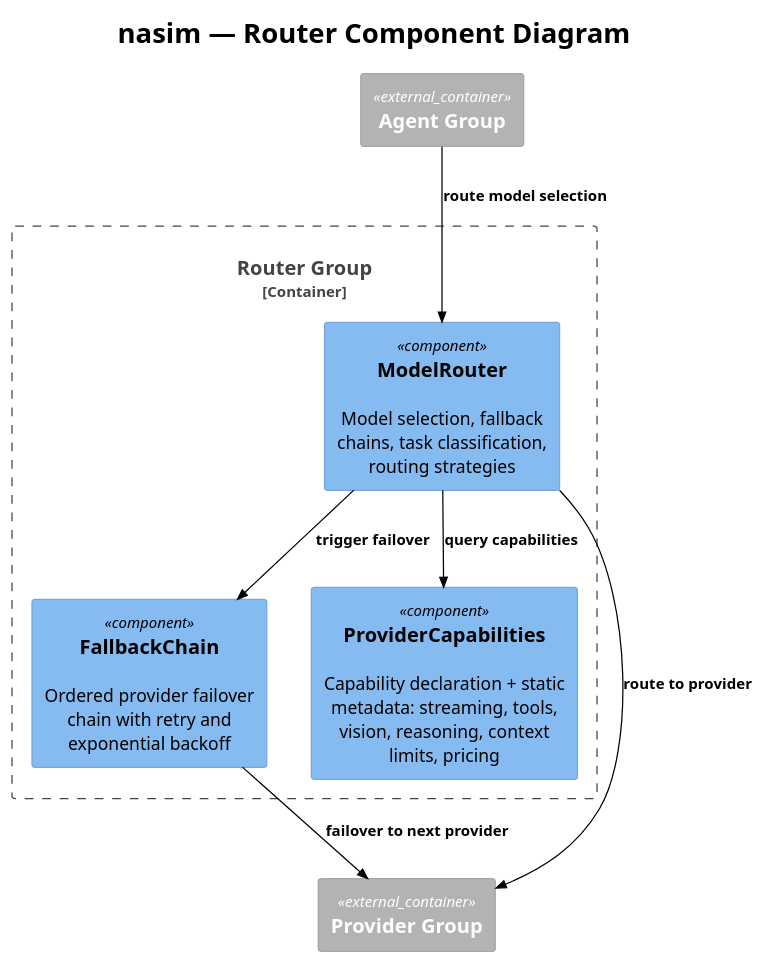
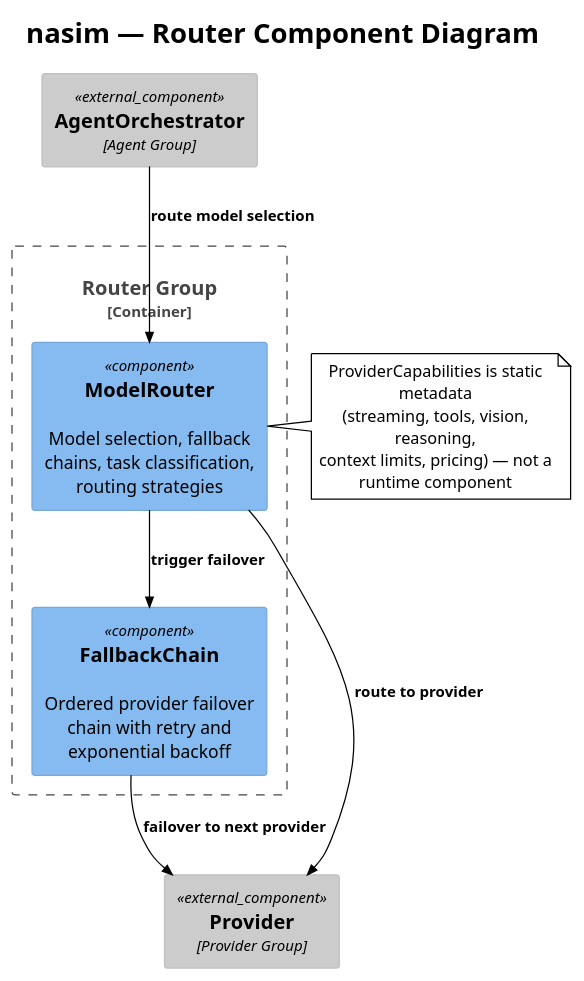
One commit to salimnamvar/nasim changed the seventh of 24 diagrams in C4.md. Above: the diagram before and after it, drawn with PlantUML. The commit also changed other lines of this file and 18 other files, not shown here.

```diff
--- a/C4.md
+++ b/C4.md
@@ -431,32 +435,36 @@
 @startuml c4_nasim_component_router
 !include https://raw.githubusercontent.com/plantuml-stdlib/C4-PlantUML/v2.10.0/C4_Component.puml
 !theme plain
 
 ' ============================================================
 ' Title:     nasim — Router Component Diagram
 ' Boundary:  nasim core library — Router group
 ' Purpose:   Model selection, fallback chains, capability queries
 ' Milestone: v1.0
 ' Version:   6.0.0
 ' Source:    docs/prompt/p1.md — corrective architecture review
 ' Review:    —
 ' ============================================================
 
 title nasim — Router Component Diagram
 
 Container_Boundary(router_boundary, "Router Group") {
     Component(model_router, "ModelRouter", "", "Model selection, fallback chains, task classification, routing strategies")
     Component(fallback_chain, "FallbackChain", "", "Ordered provider failover chain with retry and exponential backoff")
-    Component(provider_caps, "ProviderCapabilities", "", "Capability declaration + static metadata: streaming, tools, vision, reasoning, context limits, pricing")
 }
 
-Container_Ext(agent_group, "Agent Group")
-Container_Ext(provider_group, "Provider Group")
+note right of model_router
+  ProviderCapabilities is static metadata
+  (streaming, tools, vision, reasoning,
+  context limits, pricing) — not a runtime component
+end note
 
-Rel(agent_group, model_router, "route model selection")
-Rel(model_router, provider_group, "route to provider")
-Rel(model_router, provider_caps, "query capabilities")
+Component_Ext(agent_orch, "AgentOrchestrator", "Agent Group")
+Component_Ext(provider, "Provider", "Provider Group")
+
+Rel(agent_orch, model_router, "route model selection")
+Rel(model_router, provider, "route to provider")
 Rel(model_router, fallback_chain, "trigger failover")
-Rel(fallback_chain, provider_group, "failover to next provider")
+Rel(fallback_chain, provider, "failover to next provider")
 
 @enduml
```
